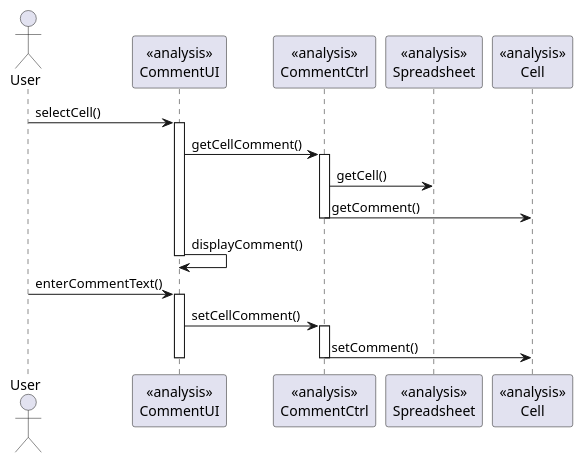
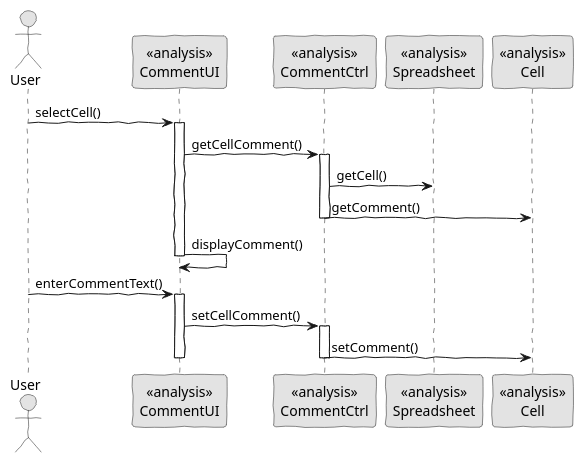
Before and after one commit to PeFerreira98/ISEP.Lic.LAPR4_2017: the diagram in src/main/java/lapr4/white/s1/core/n1234567/comments/comments_extension_uc_realization1.puml, drawn with PlantUML.

Commit message:
set handwritten style to uc realization pull diagram for comments.

```diff
--- a/src/main/java/lapr4/white/s1/core/n1234567/comments/comments_extension_uc_realization1.puml
+++ b/src/main/java/lapr4/white/s1/core/n1234567/comments/comments_extension_uc_realization1.puml
@@ -1,23 +1,29 @@
   @startuml comments_extension_uc_realization1.png
+skinparam handwritten true
+skinparam monochrome true
+skinparam packageStyle rect
+skinparam defaultFontName FG Virgil
+skinparam shadowing false
+
   actor User 
   participant "<<analysis>>\nCommentUI" as UI
   participant "<<analysis>>\nCommentCtrl" as ctrl
   participant "<<analysis>>\nSpreadsheet" as sheet
   participant "<<analysis>>\nCell" as cell
   User -> UI : selectCell()
   activate UI 
   UI -> ctrl : getCellComment()
   activate ctrl
   ctrl -> sheet : getCell()
   ctrl -> cell : getComment()
   deactivate ctrl
   UI -> UI : displayComment()
   deactivate UI
   User -> UI : enterCommentText()
   activate UI
   UI -> ctrl : setCellComment()
   activate ctrl
   ctrl -> cell : setComment()
   deactivate ctrl
   deactivate UI 
   @enduml
```
